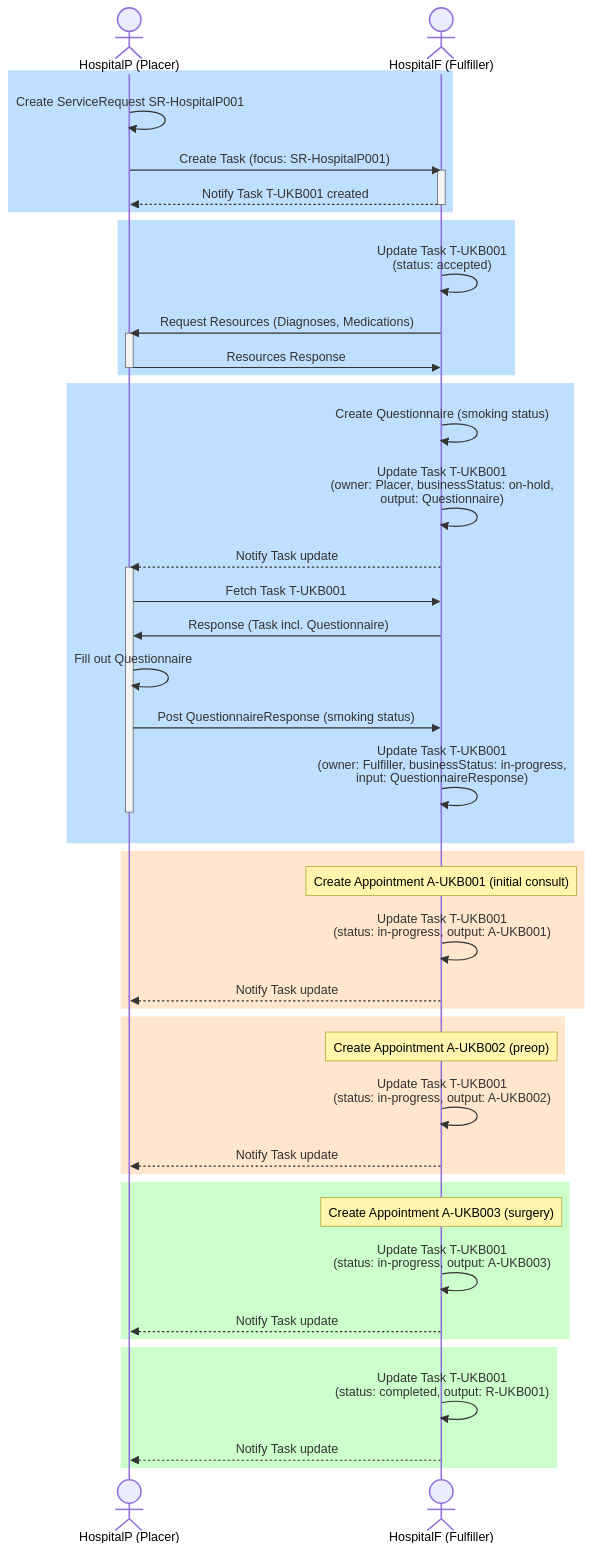
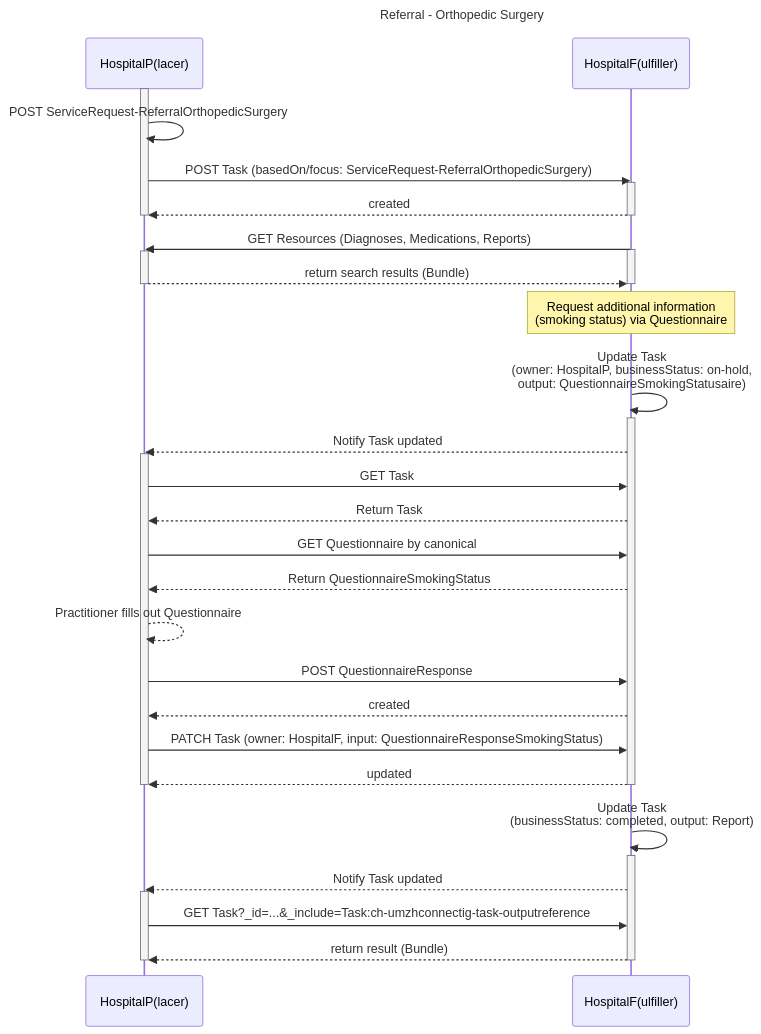
One commit to umzhconnect/umzhconnect-ig changed the diagram in input/pagecontent/usecase-referral-orthopedic.md. Above: the diagram before and after it, drawn with Mermaid. The commit also changed other lines of this file, not shown here.

Commit message:
Adjust sequenceDiagram #5

````diff
--- a/input/pagecontent/usecase-referral-orthopedic.md
+++ b/input/pagecontent/usecase-referral-orthopedic.md
@@ -18,58 +18,49 @@
 ```mermaid
 sequenceDiagram
-    actor HospitalP as HospitalP (Placer)
-    actor HospitalF as HospitalF (Fulfiller)
+    title Referral - Orthopedic Surgery
+
+    participant HospitalP as HospitalP(lacer)
+    participant HospitalF as HospitalF(ulfiller)
+    activate HospitalP
+    HospitalP->>HospitalP: POST ServiceRequest-ReferralOrthopedicSurgery
+    HospitalP->>HospitalF: POST Task (basedOn/focus: ServiceRequest-ReferralOrthopedicSurgery)
+    activate HospitalF
+    HospitalF-->>HospitalP: created
+    deactivate HospitalP
+    deactivate HospitalF
     
-    rect rgb(191, 223, 255)
-    HospitalP->>HospitalP: Create ServiceRequest SR-HospitalP001
-    HospitalP->>HospitalF: Create Task (focus: SR-HospitalP001)
+    HospitalF->>HospitalP: GET Resources (Diagnoses, Medications, Reports)
     activate HospitalF
-    HospitalF-->>HospitalP: Notify Task T-UKB001 created
+    activate HospitalP
+    HospitalP-->>HospitalF: return search results (Bundle)
     deactivate HospitalF
-    end
-    
-    rect rgb(191, 223, 255)
-    HospitalF->>HospitalF: Update Task T-UKB001<br/>(status: accepted)
-    HospitalF->>HospitalP: Request Resources (Diagnoses, Medications)
+    deactivate HospitalP
+
+    Note over HospitalF: Request additional information<br/>(smoking status) via Questionnaire
+    HospitalF->>HospitalF: Update Task<br/>(owner: HospitalP, businessStatus: on-hold,<br/>output: QuestionnaireSmokingStatusaire)
+    activate HospitalF
+    HospitalF-->>HospitalP: Notify Task updated
     activate HospitalP
-    HospitalP->>HospitalF: Resources Response
+    HospitalP->>HospitalF: GET Task
+    HospitalF-->>HospitalP: Return Task
+    HospitalP->>HospitalF: GET Questionnaire by canonical
+    HospitalF-->>HospitalP: Return QuestionnaireSmokingStatus
+    HospitalP-->>HospitalP: Practitioner fills out Questionnaire
+    HospitalP->>HospitalF: POST QuestionnaireResponse
+    HospitalF-->>HospitalP: created
+    HospitalP->>HospitalF: PATCH Task (owner: HospitalF, input: QuestionnaireResponseSmokingStatus)
+    HospitalF-->>HospitalP: updated
     deactivate HospitalP
-    end
-    
-    rect rgb(191, 223, 255)
-    HospitalF->>HospitalF: Create Questionnaire (smoking status)
-    HospitalF->>HospitalF: Update Task T-UKB001<br/>(owner: Placer, businessStatus: on-hold,<br/>output: Questionnaire)
-    HospitalF-->>HospitalP: Notify Task update
+    deactivate HospitalF
+
+    HospitalF->>HospitalF: Update Task<br/>(businessStatus: completed, output: Report)
+    activate HospitalF
+    HospitalF-->>HospitalP: Notify Task updated
     activate HospitalP
-    HospitalP->>HospitalF: Fetch Task T-UKB001
-    HospitalF->>HospitalP: Response (Task incl. Questionnaire)
-    HospitalP->>HospitalP: Fill out Questionnaire
-    HospitalP->>HospitalF: Post QuestionnaireResponse (smoking status)
-    HospitalF->>HospitalF: Update Task T-UKB001<br/>(owner: Fulfiller, businessStatus: in-progress,<br/>input: QuestionnaireResponse)
+    HospitalP->> HospitalF: GET Task?_id=...&_include=Task:ch-umzhconnectig-task-outputreference
+    HospitalF-->>HospitalP: return result (Bundle)
     deactivate HospitalP
-    end
-    
-    rect rgb(255, 230, 204)
-    Note over HospitalF: Create Appointment A-UKB001 (initial consult)
-    HospitalF->>HospitalF: Update Task T-UKB001<br/>(status: in-progress, output: A-UKB001)
-    HospitalF-->>HospitalP: Notify Task update
-    end
+    deactivate HospitalF
 
-    rect rgb(255, 230, 204)
-    Note over HospitalF: Create Appointment A-UKB002 (preop)
-    HospitalF->>HospitalF: Update Task T-UKB001<br/>(status: in-progress, output: A-UKB002)
-    HospitalF-->>HospitalP: Notify Task update
-    end
-
-    rect rgb(204, 255, 204)
-    Note over HospitalF: Create Appointment A-UKB003 (surgery)
-    HospitalF->>HospitalF: Update Task T-UKB001<br/>(status: in-progress, output: A-UKB003)
-    HospitalF-->>HospitalP: Notify Task update
-    end
-    
-    rect rgb(204, 255, 204)
-    HospitalF->>HospitalF: Update Task T-UKB001<br/>(status: completed, output: R-UKB001)
-    HospitalF-->>HospitalP: Notify Task update
-    end
 
 ```
````
